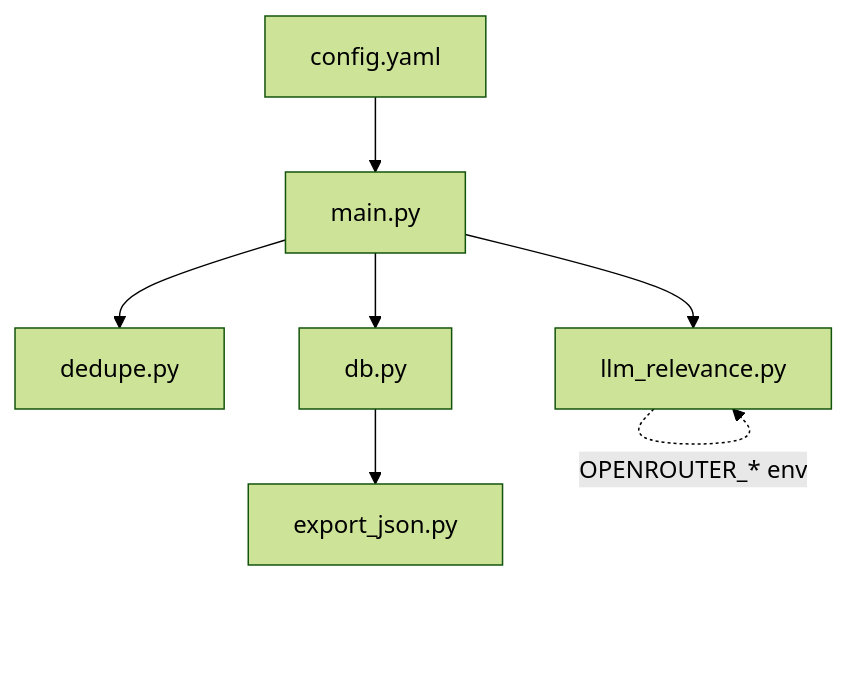
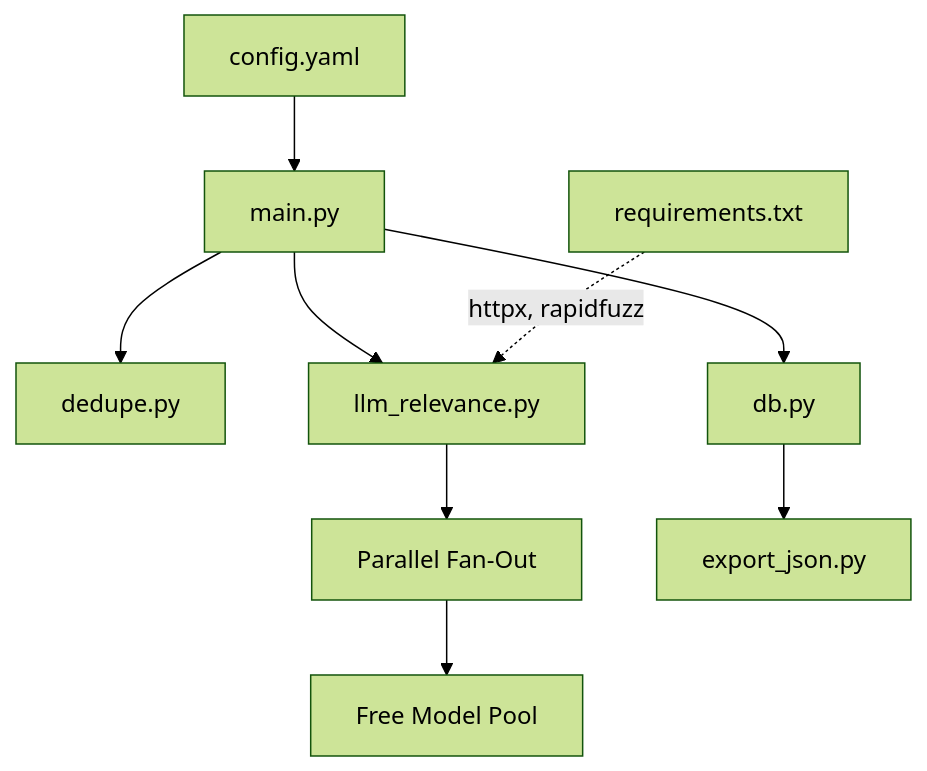
Before and after one commit to shakthi-vinayak/news: the third of 3 diagrams in .qoder/repowiki/en/content/Configuration Guide/Core Configuration Options.md, drawn with Mermaid (forest theme). The commit also changed other lines of this file and 55 other files, not shown here.

````diff
--- a/.qoder/repowiki/en/content/Configuration Guide/Core Configuration Options.md
+++ b/.qoder/repowiki/en/content/Configuration Guide/Core Configuration Options.md
@@ -251,15 +338,20 @@
 ```mermaid
 graph TB
 CFG["config.yaml"]
 MAIN["main.py"]
 DEDUP["dedupe.py"]
 LLM["llm_relevance.py"]
+PARALLEL["Parallel Fan-Out"]
+MODELPOOL["Free Model Pool"]
 DB["db.py"]
 EXPORT["export_json.py"]
+REQ["requirements.txt"]
 CFG --> MAIN
 MAIN --> DEDUP
 MAIN --> LLM
+LLM --> PARALLEL
+PARALLEL --> MODELPOOL
 MAIN --> DB
 DB --> EXPORT
-LLM -. "OPENROUTER_* env" .-> LLM
+REQ -. "httpx, rapidfuzz" .-> LLM
 ```
````
